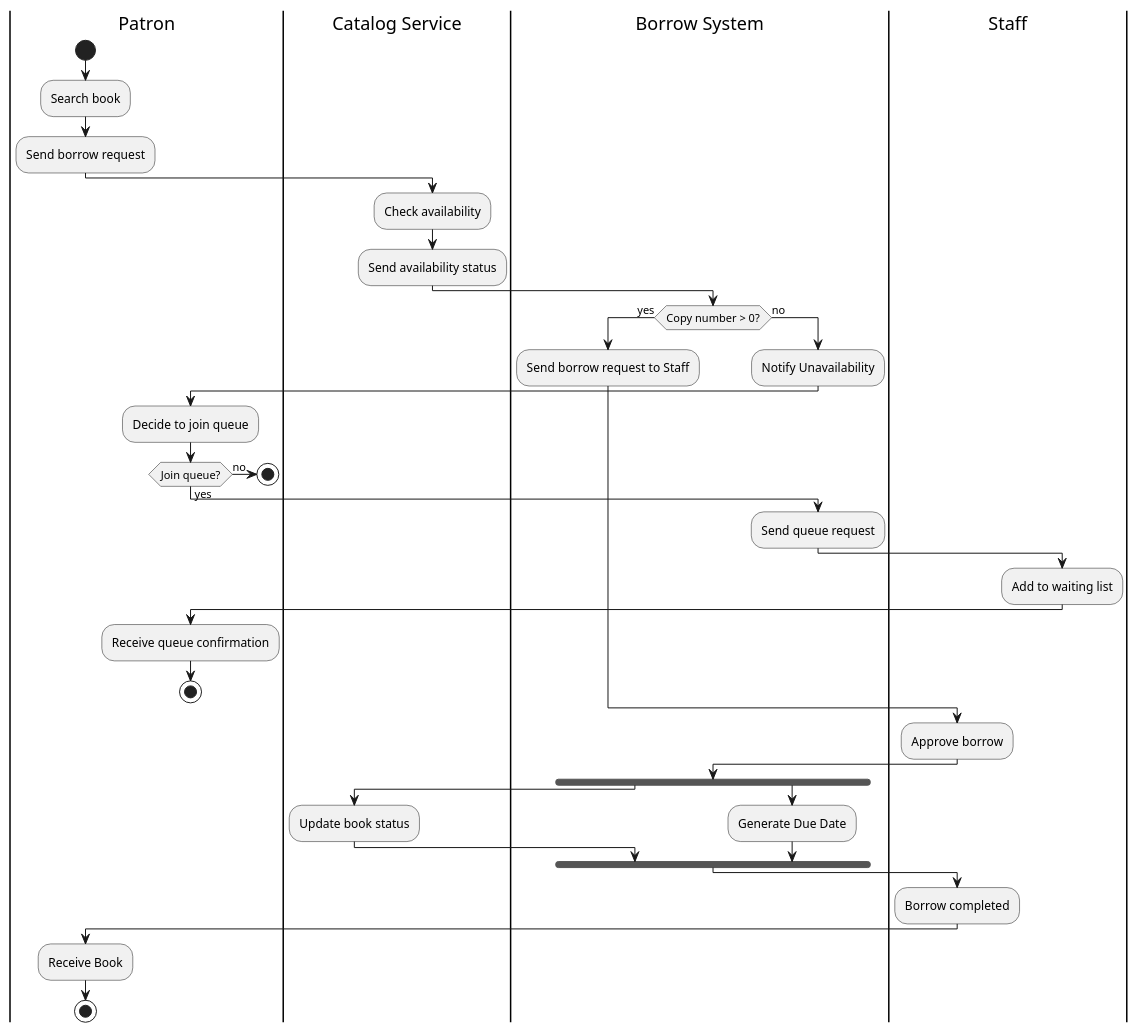
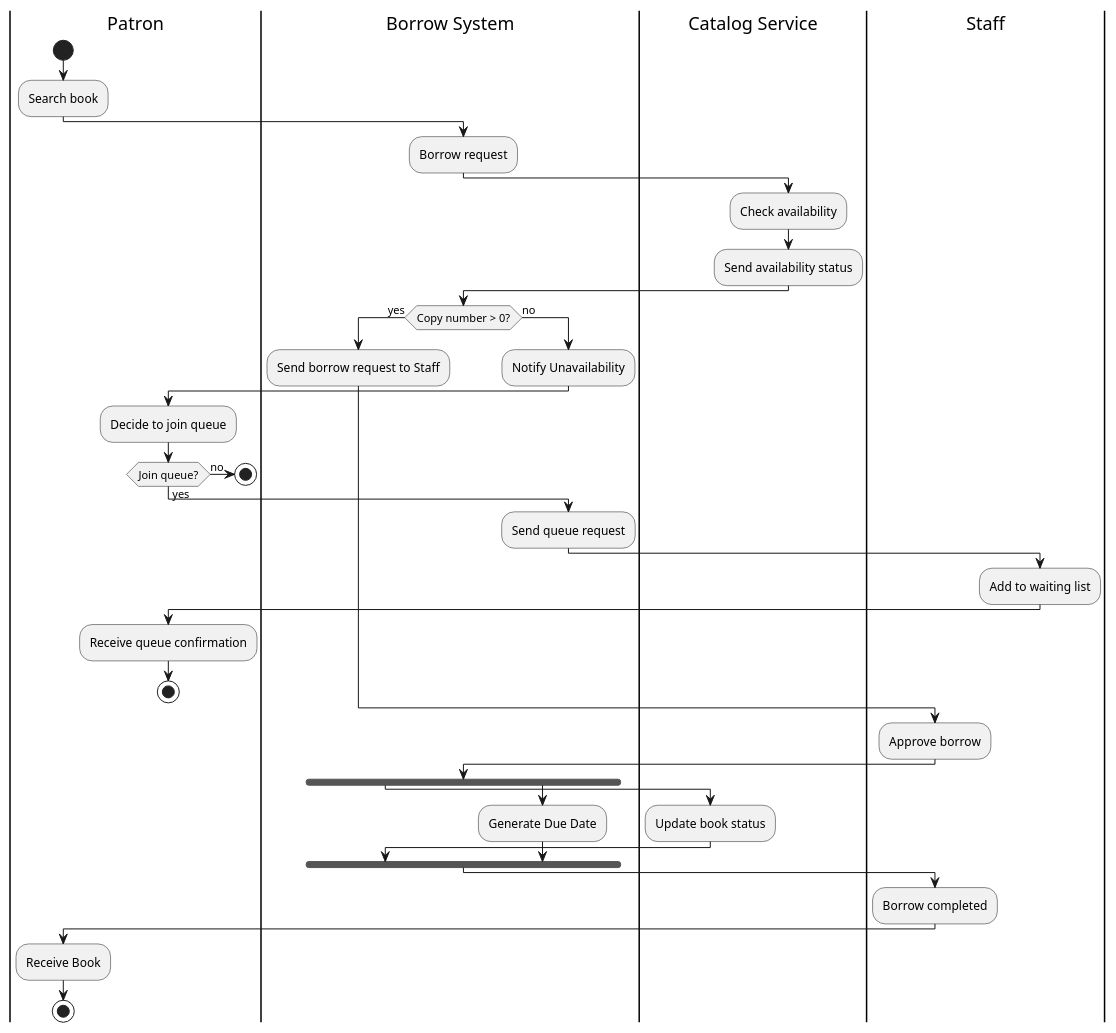
Before and after one commit to Shizulka/library-database: the diagram in cpe/lab4/activity.puml, drawn with PlantUML.

```diff
--- a/cpe/lab4/activity.puml
+++ b/cpe/lab4/activity.puml
@@ -1,52 +1,54 @@
 @startuml
 
 |Patron|
 start
 :Search book;
-:Send borrow request;
+
+|Borrow System|
+:Borrow request;
 
 |Catalog Service|
 :Check availability;
 :Send availability status;
 
 |Borrow System|
 if (Copy number > 0?) then (yes)
   :Send borrow request to Staff;
 else (no)
   :Notify Unavailability;
 
   |Patron|
   :Decide to join queue;
   if (Join queue?) then (yes)
       |Borrow System|
       :Send queue request;
 
       |Staff|
       :Add to waiting list;
 
       |Patron|
       :Receive queue confirmation;
       stop
   else (no)
       stop
   endif
 endif
 
 |Staff|
 :Approve borrow;
 
 |Borrow System|
 fork
   |Catalog Service|
   :Update book status;
 fork again
   |Borrow System|
   :Generate Due Date;
 end fork
 
 |Staff|
 :Borrow completed;
 |Patron|
 :Receive Book;
 stop
 @enduml
```
